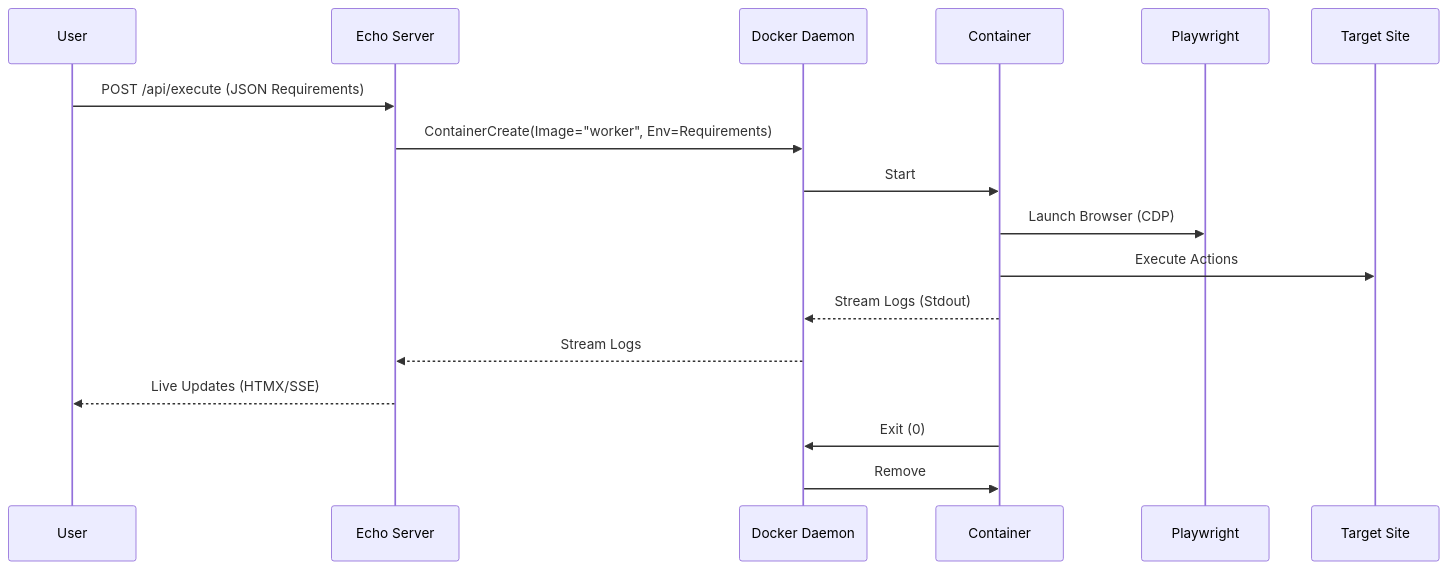
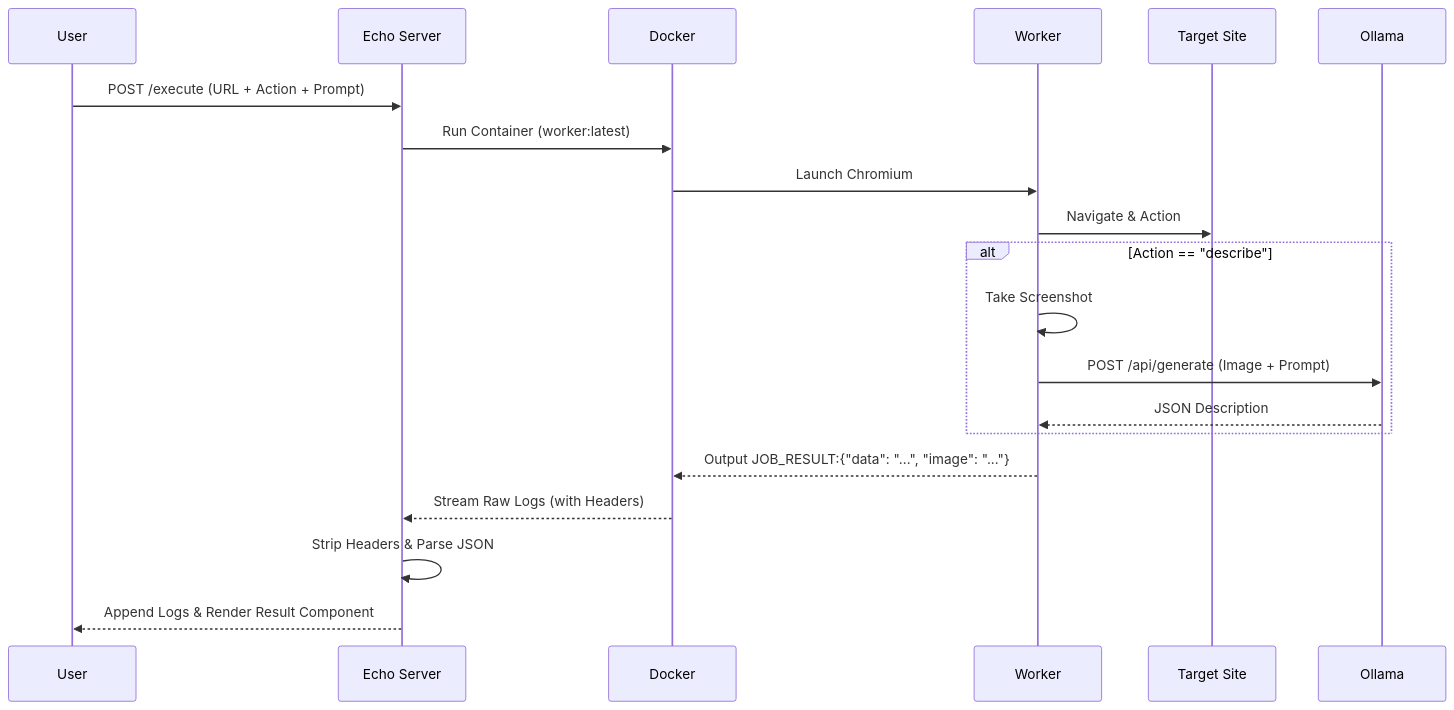
One commit to brian-nunez/bcode changed the diagram in GEMINI.md. Above: the diagram before and after it, drawn with Mermaid. The commit also changed other lines of this file, not shown here.

````diff
--- a/GEMINI.md
+++ b/GEMINI.md
@@ -66,14 +44,16 @@
 ```mermaid
 sequenceDiagram
-    User->>Echo Server: POST /api/execute (JSON Requirements)
-    Echo Server->>Docker Daemon: ContainerCreate(Image="worker", Env=Requirements)
-    Docker Daemon->>Container: Start
-    Container->>Playwright: Launch Browser (CDP)
-    Container->>Target Site: Execute Actions
-    Container-->>Docker Daemon: Stream Logs (Stdout)
-    Docker Daemon-->>Echo Server: Stream Logs
-    Echo Server-->>User: Live Updates (HTMX/SSE)
-    Container->>Docker Daemon: Exit (0)
-    Docker Daemon->>Container: Remove
-
+    User->>Echo Server: POST /execute (URL + Action + Prompt)
+    Echo Server->>Docker: Run Container (worker:latest)
+    Docker->>Worker: Launch Chromium
+    Worker->>Target Site: Navigate & Action
+    alt Action == "describe"
+        Worker->>Worker: Take Screenshot
+        Worker->>Ollama: POST /api/generate (Image + Prompt)
+        Ollama-->>Worker: JSON Description
+    end
+    Worker-->>Docker: Output JOB_RESULT:{"data": "...", "image": "..."}
+    Docker-->>Echo Server: Stream Raw Logs (with Headers)
+    Echo Server->>Echo Server: Strip Headers & Parse JSON
+    Echo Server-->>User: Append Logs & Render Result Component
 ```
````
